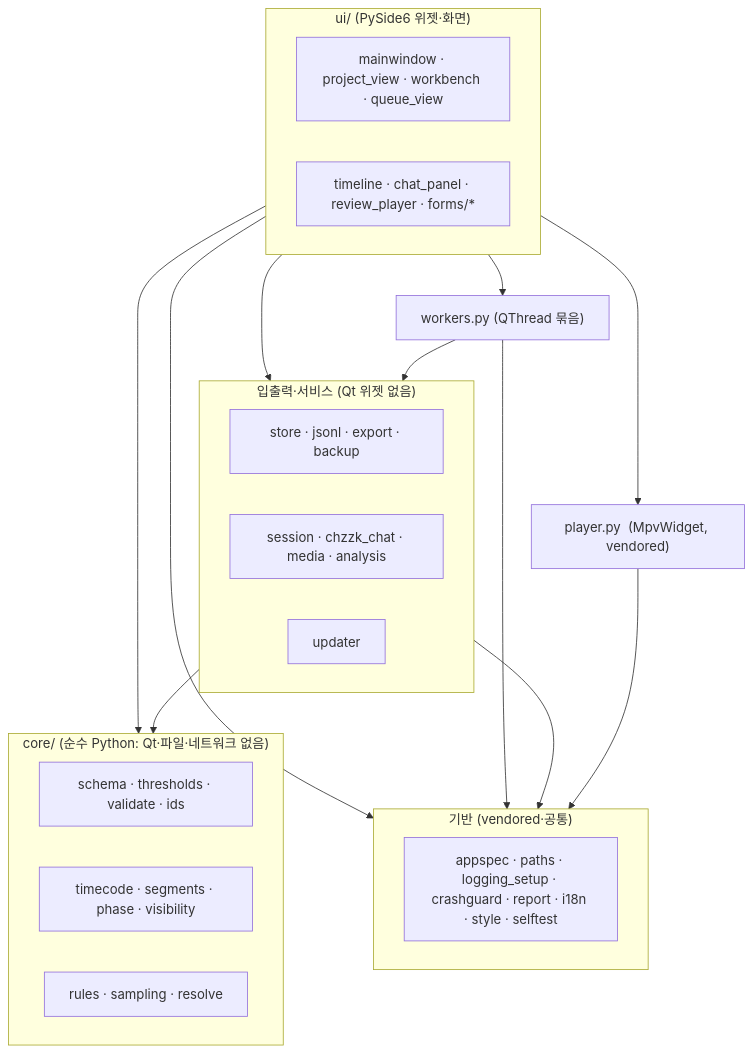
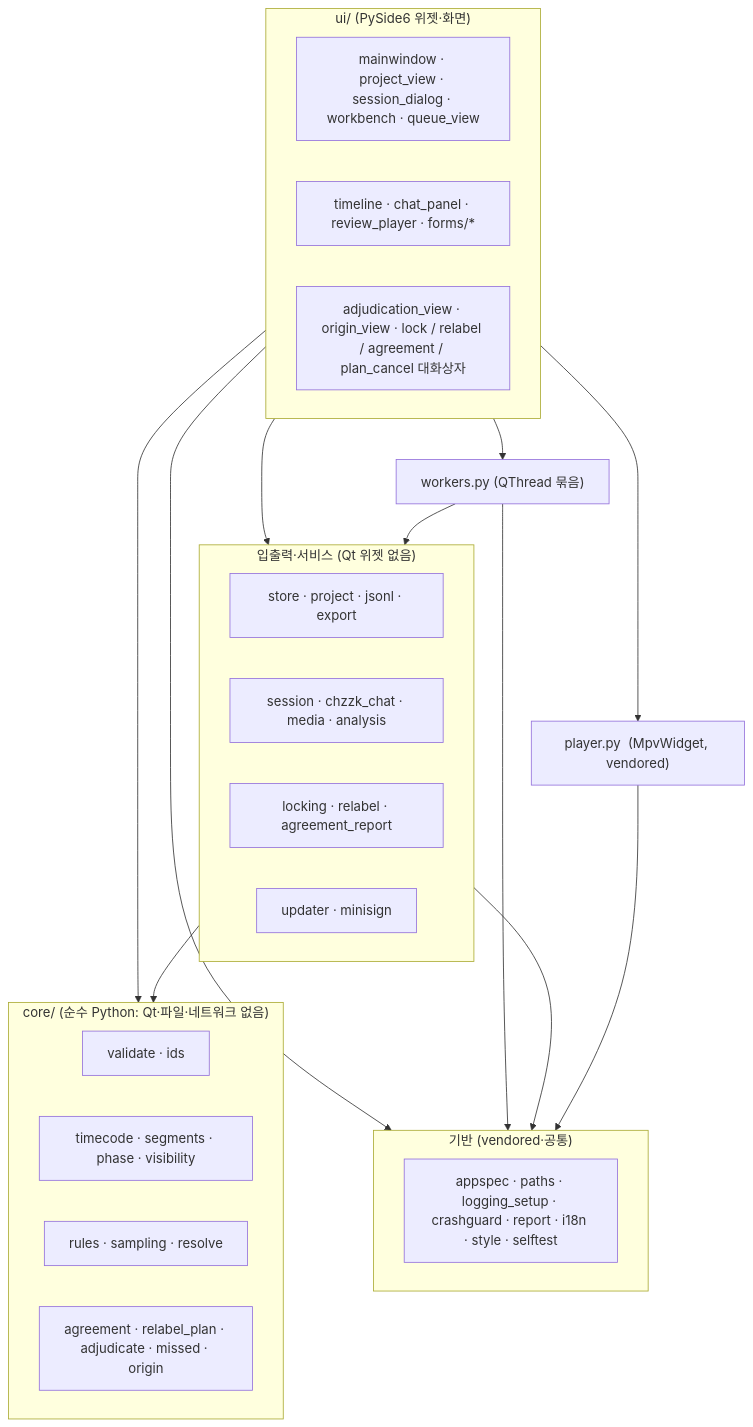
Before and after one commit to vtubeadmirer/chatcoach: the first of 4 diagrams in docs/design/02-architecture.md, drawn with Mermaid. The commit also changed other lines of this file and 37 other files, not shown here.

````diff
--- a/docs/design/02-architecture.md
+++ b/docs/design/02-architecture.md
@@ -122,32 +122,35 @@
 ```mermaid
 flowchart TB
   subgraph UI["ui/  (PySide6 위젯·화면)"]
-    UI1["mainwindow · project_view · workbench · queue_view"]
+    UI1["mainwindow · project_view · session_dialog · workbench · queue_view"]
     UI2["timeline · chat_panel · review_player · forms/*"]
+    UI3["adjudication_view · origin_view · lock / relabel / agreement / plan_cancel 대화상자"]
   end
   PL["player.py  (MpvWidget, vendored)"]
   WK["workers.py  (QThread 묶음)"]
   subgraph IO["입출력·서비스  (Qt 위젯 없음)"]
-    IO1["store · jsonl · export · backup"]
+    IO1["store · project · jsonl · export"]
     IO2["session · chzzk_chat · media · analysis"]
-    IO3["updater"]
+    IO4["locking · relabel · agreement_report"]
+    IO3["updater · minisign"]
   end
   subgraph CORE["core/  (순수 Python: Qt·파일·네트워크 없음)"]
-    C1["schema · thresholds · validate · ids"]
+    C1["validate · ids"]
     C2["timecode · segments · phase · visibility"]
     C3["rules · sampling · resolve"]
+    C4["agreement · relabel_plan · adjudicate · missed · origin"]
   end
   subgraph INF["기반  (vendored·공통)"]
     INF1["appspec · paths · logging_setup · crashguard · report · i18n · style · selftest"]
   end
   UI --> WK
   UI --> IO
   UI --> CORE
   UI --> PL
   WK --> IO
   IO --> CORE
   UI --> INF
   WK --> INF
   IO --> INF
   PL --> INF
 ```
````
